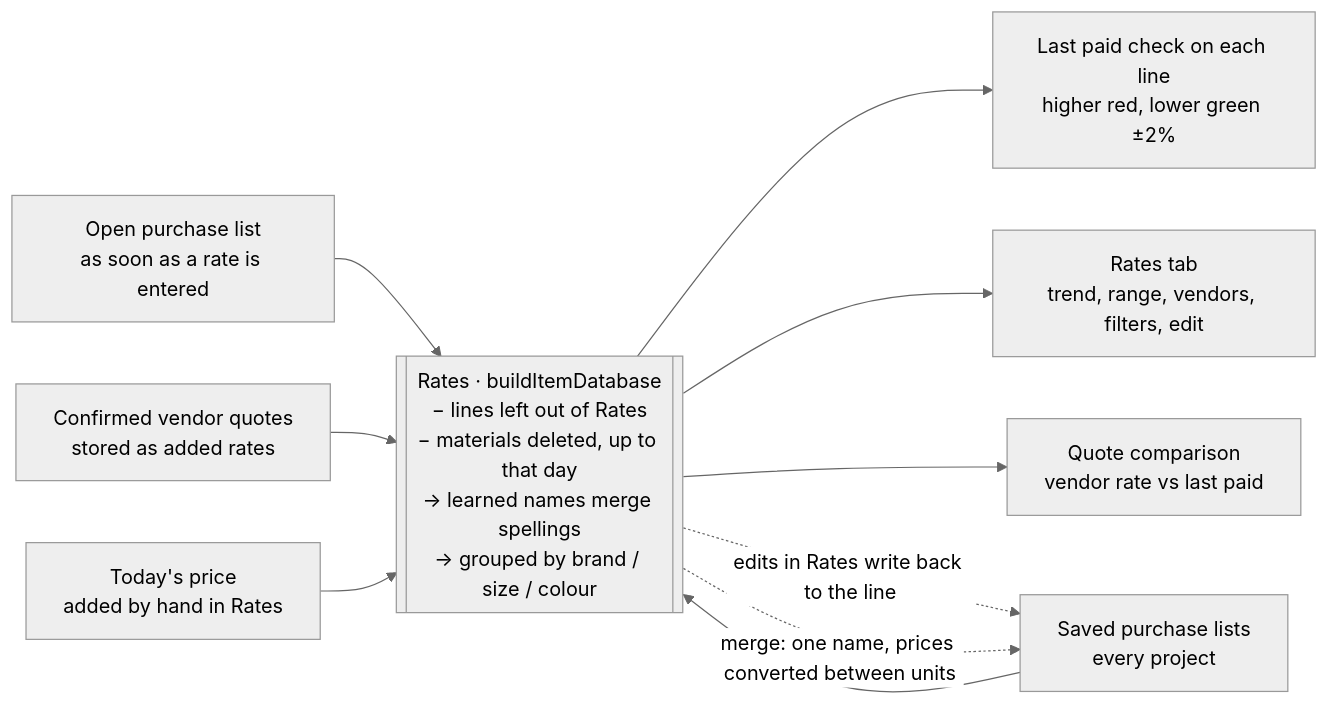
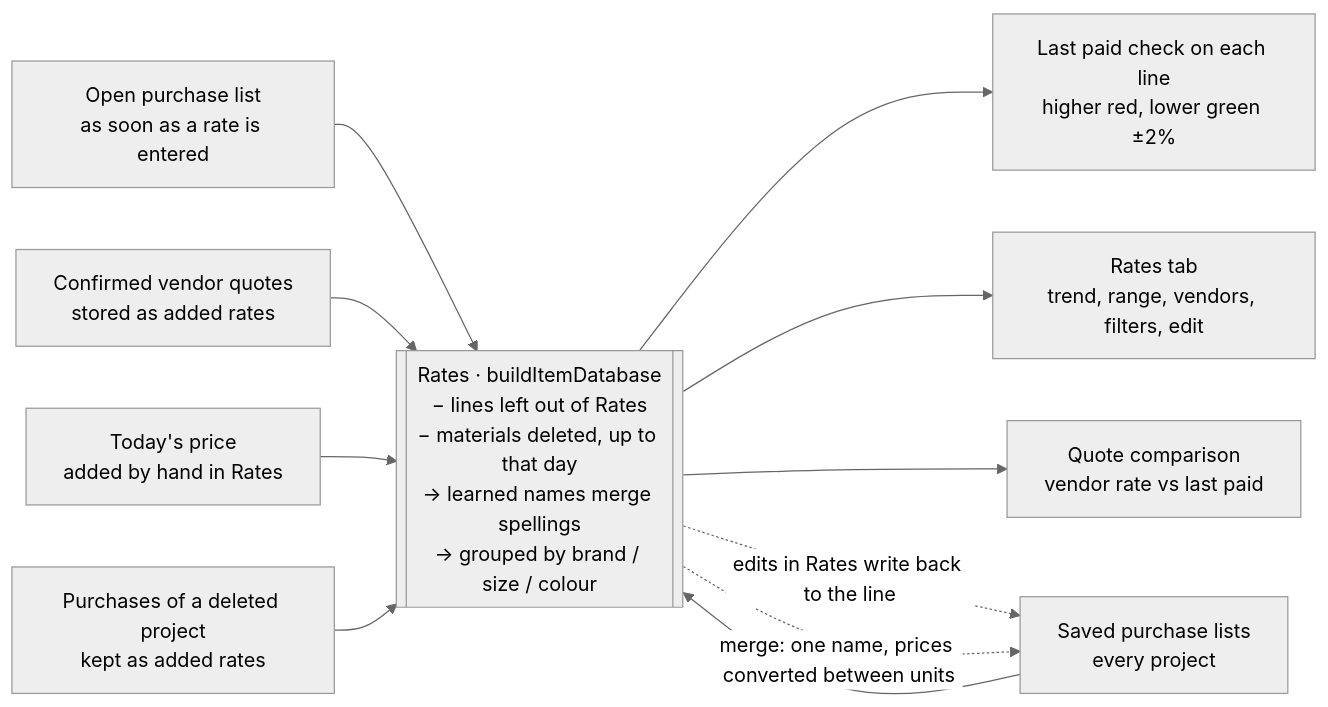
Before and after one commit to parikshit99/nirman: the third of 6 diagrams in docs/Nirman workflows.md, drawn with Mermaid (neutral theme). The commit also changed other lines of this file and 24 other files, not shown here.

````diff
--- a/docs/Nirman workflows.md
+++ b/docs/Nirman workflows.md
@@ -96,13 +96,14 @@
 ```mermaid
 flowchart LR
   A[Open purchase list<br/>as soon as a rate is entered] --> DB
   B[Saved purchase lists<br/>every project] --> DB
   C[Confirmed vendor quotes<br/>stored as added rates] --> DB
   D[Today's price<br/>added by hand in Rates] --> DB
+  E[Purchases of a deleted project<br/>kept as added rates] --> DB
   DB[[Rates · buildItemDatabase<br/>− lines left out of Rates<br/>− materials deleted, up to that day<br/>→ learned names merge spellings<br/>→ grouped by brand / size / colour]]
   DB --> L[Last paid check on each line<br/>higher red, lower green ±2%]
   DB --> RT[Rates tab<br/>trend, range, vendors, filters, edit]
   DB --> QC[Quote comparison<br/>vendor rate vs last paid]
   DB -. edits in Rates write back to the line .-> B
   DB -. merge: one name, prices converted between units .-> B
 ```
````
